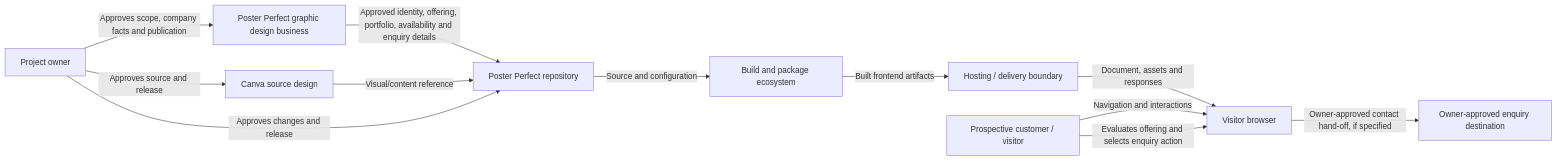
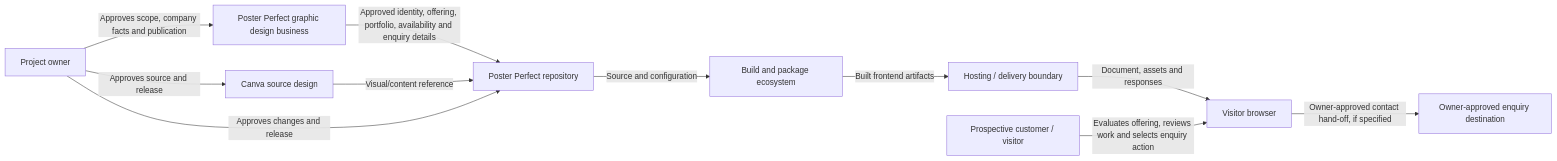
The diagram in docs/icm/00-system-context.md (jelome265/poster-perfect), drawn with Mermaid before and after one commit. The commit also changed other lines of this file, not shown here.

Commit message:
docs: clarify company context and L0 blocker

````diff
--- a/docs/icm/00-system-context.md
+++ b/docs/icm/00-system-context.md
@@ -30,24 +30,23 @@
 ```mermaid
 flowchart LR
     Owner[Project owner]
     Source[Canva source design]
     Repo[Poster Perfect repository]
     Build[Build and package ecosystem]
     Host[Hosting / delivery boundary]
     Browser[Visitor browser]
     Visitor[Prospective customer / visitor]
     Company[Poster Perfect graphic design business]
     External[Owner-approved enquiry destination]
 
     Owner -->|Approves scope, company facts and publication| Company
     Owner -->|Approves source and release| Source
     Company -->|Approved identity, offering, portfolio, availability and enquiry details| Repo
     Source -->|Visual/content reference| Repo
     Owner -->|Approves changes and release| Repo
     Repo -->|Source and configuration| Build
     Build -->|Built frontend artifacts| Host
     Host -->|Document, assets and responses| Browser
-    Visitor -->|Navigation and interactions| Browser
-    Visitor -->|Evaluates offering and selects enquiry action| Browser
+    Visitor -->|Evaluates offering, reviews work and selects enquiry action| Browser
     Browser -->|Owner-approved contact hand-off, if specified| External
 ```
````
